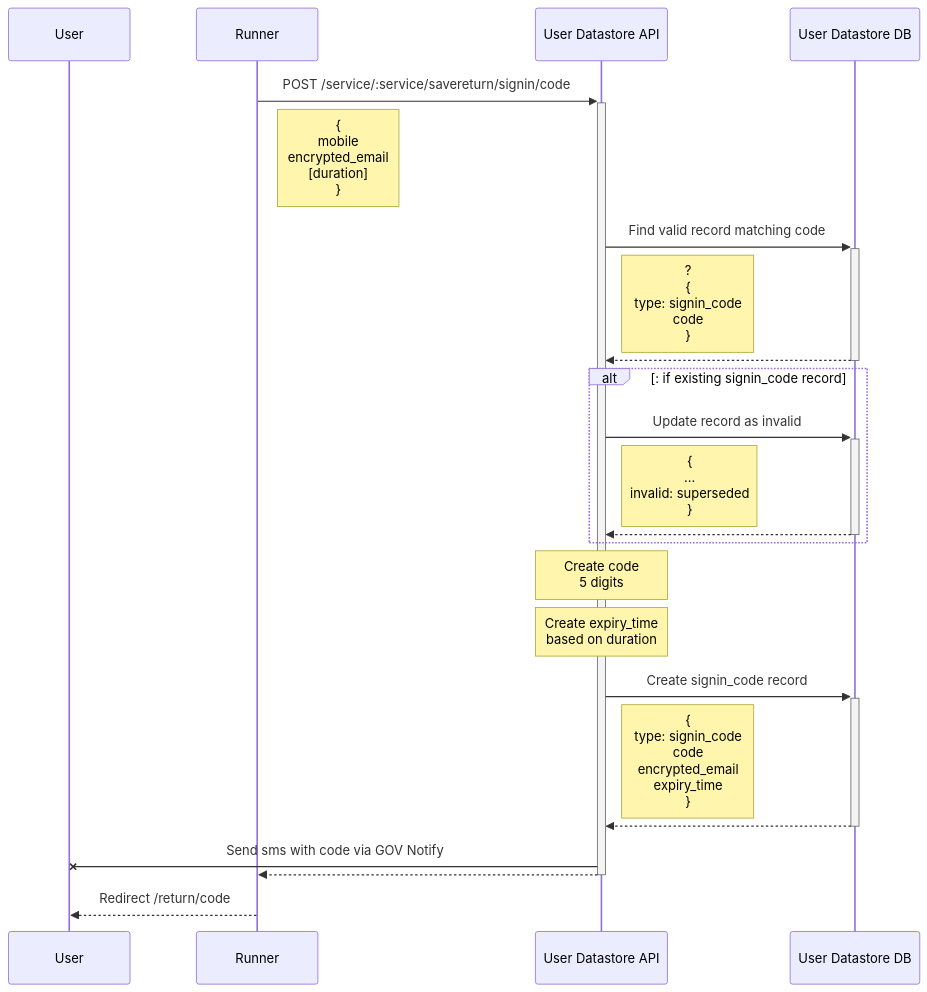
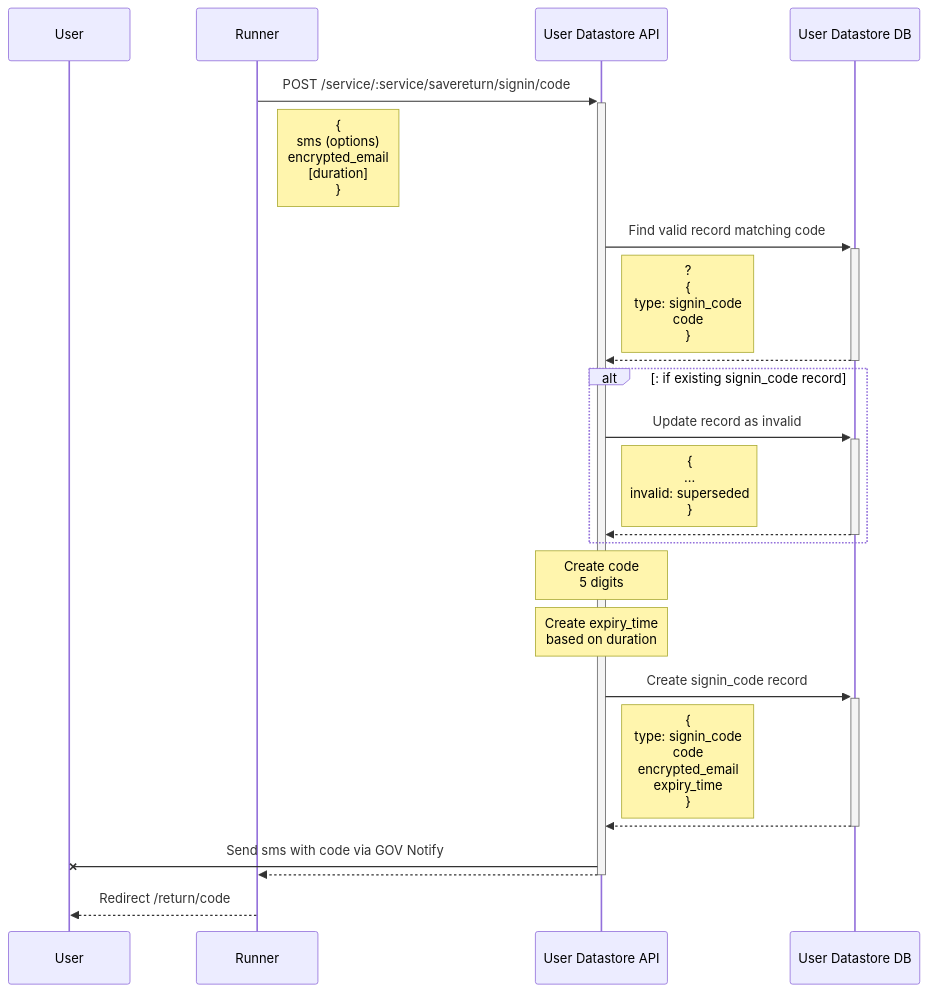
The diagram in documentation/running/save-and-return/files/return--signin--code-send.mmd (ministryofjustice/form-builder), drawn with Mermaid before and after one commit. The commit also changed 5 other files, not shown here.

Commit message:
Update docs to reflect passing all email and sms options to save and return as objects

```diff
--- a/documentation/running/save-and-return/files/return--signin--code-send.mmd
+++ b/documentation/running/save-and-return/files/return--signin--code-send.mmd
@@ -1,45 +1,45 @@
 sequenceDiagram
 
 participant U as User
 
 participant R as Runner
 
 participant DS as User Datastore API
 
 participant DB as User Datastore DB
 
 R->>+DS: POST /service/:service/savereturn/signin/code
 
-Note right of R: { <br>mobile<br>encrypted_email<br>[duration]<br>}
+Note right of R: { <br>sms (options)<br>encrypted_email<br>[duration]<br>}
 
 DS->>+DB: Find valid record matching code 
 
 Note right of DS: ?<br>{<br>type: signin_code<br>code<br>}
 
 DB-->>-DS: 
 
 alt: if existing signin_code record
 
 DS->>+DB: Update record as invalid 
 
 Note right of DS: {<br>...<br>invalid: superseded<br>}
 
 DB-->>-DS: 
 
 end
 
 Note over DS: Create  code<br>5 digits
 
 Note over DS: Create expiry_time<br>based on duration
 
 DS->>+DB: Create signin_code record
 
 Note right of DS: { <br>type: signin_code<br>code<br>encrypted_email<br>expiry_time<br> }
 
 DB-->>-DS: 
 
 DS-XU: Send sms with code via GOV Notify 
 
 DS-->>-R:   
 
 R-->>U: Redirect /return/code
```
